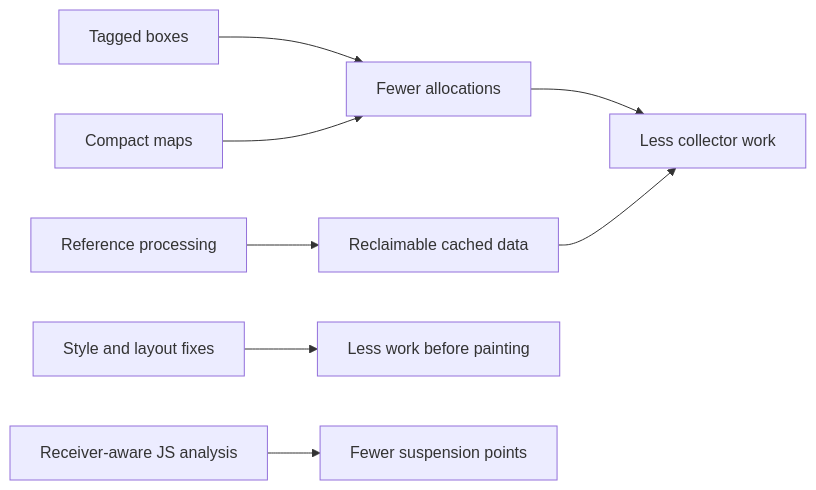
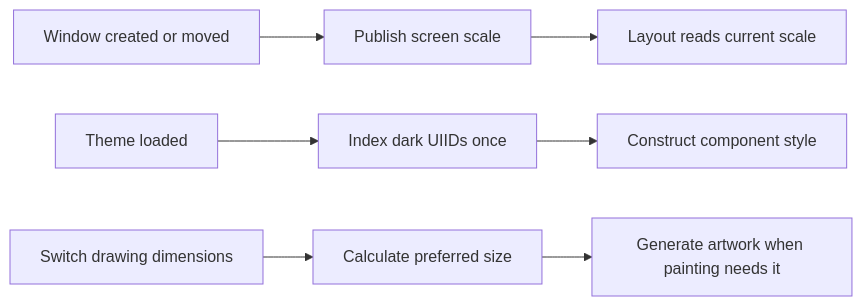
The third of 4 diagrams in docs/website/content/blog/performance-work-between-benchmarks.md (codenameone/CodenameOne), drawn with Mermaid before and after one commit. The commit also changed other lines of this file and 23 other files, not shown here.

```diff
--- a/docs/website/content/blog/performance-work-between-benchmarks.md
+++ b/docs/website/content/blog/performance-work-between-benchmarks.md
@@ -139,10 +198,9 @@
 {{< mermaid >}}
 flowchart LR
-    B[Tagged boxes] --> A[Fewer allocations]
-    M[Compact maps] --> A
-    R[Reference processing] --> C[Reclaimable cached data]
-    A --> G[Less collector work]
-    C --> G
-    S[Style and layout fixes] --> P[Less work before painting]
-    J[Receiver-aware JS analysis] --> D[Fewer suspension points]
+    W[Window created or moved] --> S[Publish screen scale]
+    S --> L[Layout reads current scale]
+    T[Theme loaded] --> I[Index dark UIIDs once]
+    I --> C[Construct component style]
+    D[Switch drawing dimensions] --> P[Calculate preferred size]
+    P --> R[Generate artwork when painting needs it]
 {{< /mermaid >}}
```
